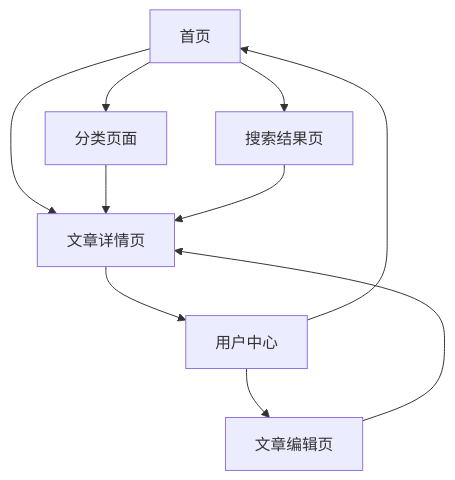
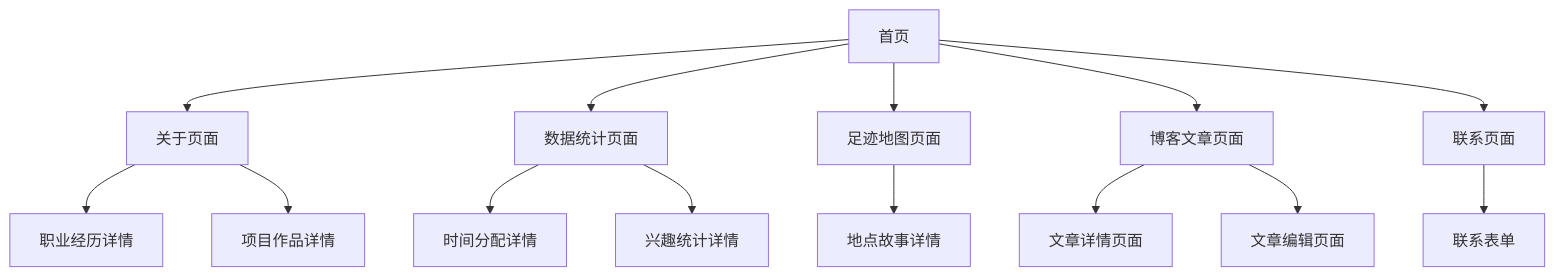
One commit to Planckbaka/Planckbaka-blog changed the diagram in .trae/documents/产品需求文档.md. Above: the diagram before and after it, drawn with Mermaid. The commit also changed other lines of this file and 20 other files, not shown here.

````diff
--- a/.trae/documents/产品需求文档.md
+++ b/.trae/documents/产品需求文档.md
@@ -63,12 +63,16 @@
 ```mermaid
 graph TD
-    A[首页] --> B[文章详情页]
-    A --> C[分类页面]
-    A --> D[搜索结果页]
-    B --> E[用户中心]
-    C --> B
-    D --> B
-    E --> F[文章编辑页]
-    F --> B
-    E --> A
+    A[首页] --> B[关于页面]
+    A --> C[数据统计页面]
+    A --> D[足迹地图页面]
+    A --> E[博客文章页面]
+    A --> F[联系页面]
+    B --> G[职业经历详情]
+    B --> H[项目作品详情]
+    C --> I[时间分配详情]
+    C --> J[兴趣统计详情]
+    D --> K[地点故事详情]
+    E --> L[文章详情页面]
+    E --> M[文章编辑页面]
+    F --> N[联系表单]
 ```
````
